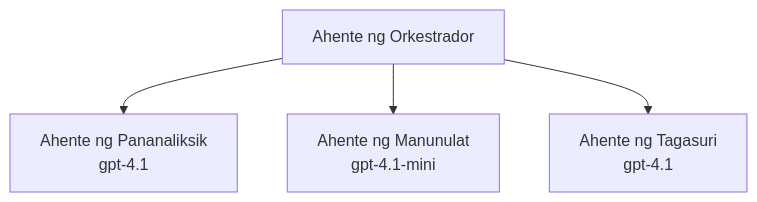
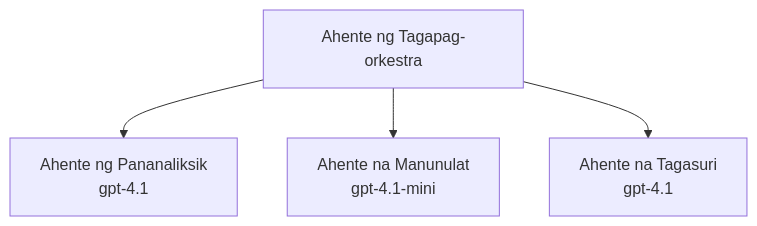
Before and after one commit to microsoft/AZD-for-beginners: the third of 3 diagrams in translations/tl/docs/chapter-02-ai-development/agents.md, drawn with Mermaid. The commit also changed other lines of this file and 104 other files, not shown here.

````diff
--- a/translations/tl/docs/chapter-02-ai-development/agents.md
+++ b/translations/tl/docs/chapter-02-ai-development/agents.md
@@ -194,6 +201,6 @@
 ```mermaid
 graph TD
-    Orchestrator[Ahente ng Orkestrador] --> Research[Ahente ng Pananaliksik<br/>gpt-4.1]
-    Orchestrator --> Writer[Ahente ng Manunulat<br/>gpt-4.1-mini]
-    Orchestrator --> Reviewer[Ahente ng Tagasuri<br/>gpt-4.1]
+    Orchestrator[Ahente ng Tagapag-orkestra] --> Research[Ahente ng Pananaliksik<br/>gpt-4.1]
+    Orchestrator --> Writer[Ahente na Manunulat<br/>gpt-4.1-mini]
+    Orchestrator --> Reviewer[Ahente na Tagasuri<br/>gpt-4.1]
 ```
````
